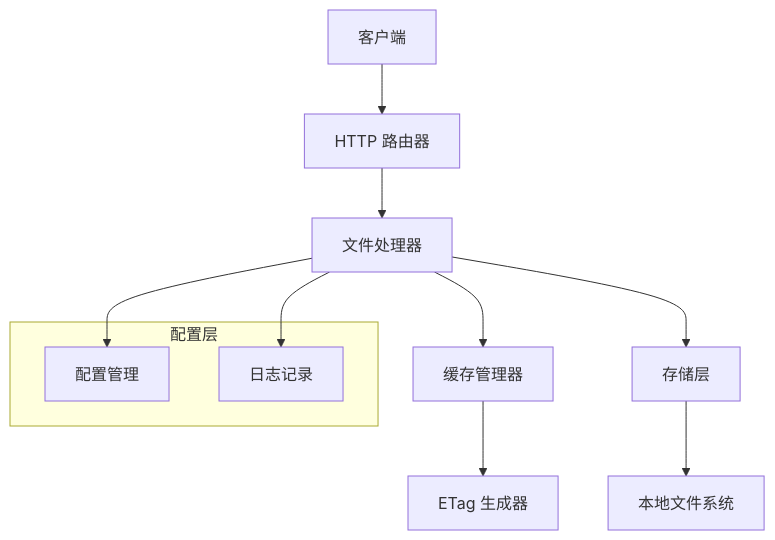
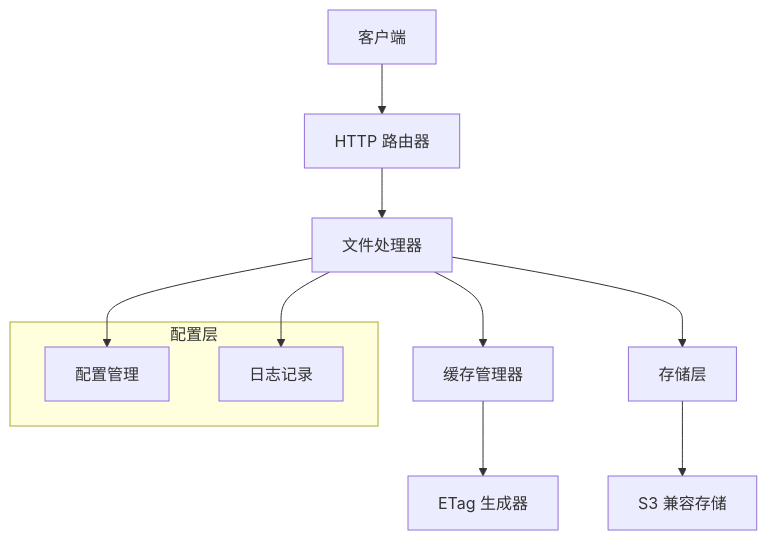
Before and after one commit to xiaolutech/s3-static: the first of 2 diagrams in .kiro/specs/s3-compatible-static-file-service/design.md, drawn with Mermaid. The commit also changed other lines of this file and 3 other files, not shown here.

````diff
--- a/.kiro/specs/s3-compatible-static-file-service/design.md
+++ b/.kiro/specs/s3-compatible-static-file-service/design.md
@@ -17,17 +17,17 @@
 ```mermaid
 graph TB
     Client[客户端] --> Router[HTTP 路由器]
     Router --> Handler[文件处理器]
     Handler --> Cache[缓存管理器]
     Handler --> Storage[存储层]
     Cache --> ETag[ETag 生成器]
-    Storage --> FileSystem[本地文件系统]
+    Storage --> S3Backend[S3 兼容存储]
     
     subgraph "配置层"
         Config[配置管理]
         Logger[日志记录]
     end
     
     Handler --> Config
     Handler --> Logger
 ```
````
